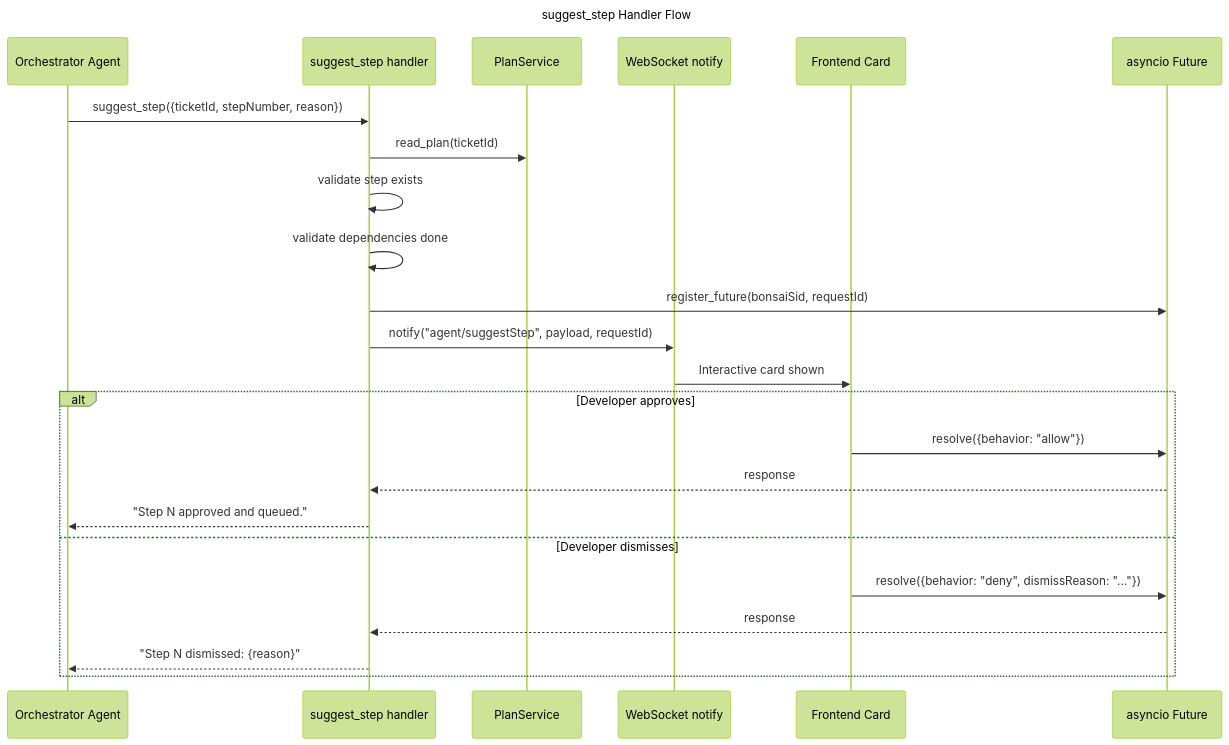
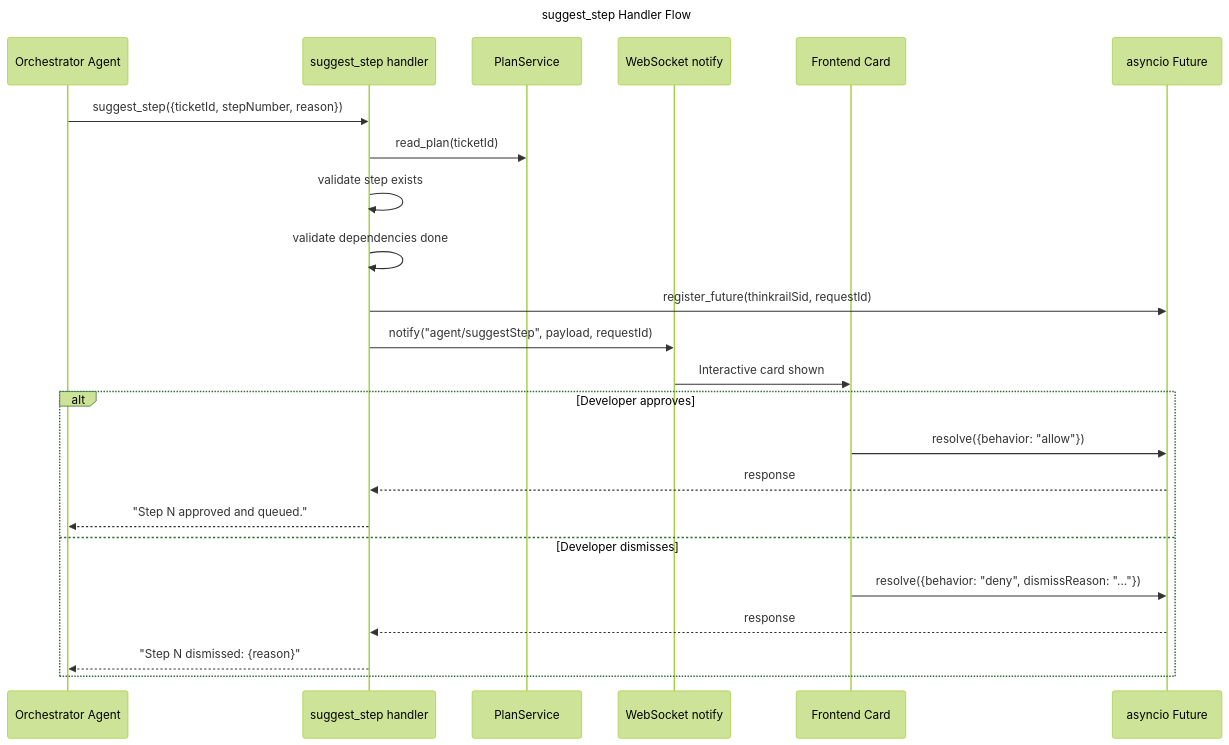
One commit to JetBrains/thinkrail changed the second of 2 diagrams in backend/app/agent/tools/ORCHESTRATOR.md. Above: the diagram before and after it, drawn with Mermaid (forest theme). The commit also changed other lines of this file and 372 other files, not shown here.

````diff
--- a/backend/app/agent/tools/ORCHESTRATOR.md
+++ b/backend/app/agent/tools/ORCHESTRATOR.md
@@ -119,30 +119,30 @@
 ```mermaid
 ---
 title: suggest_step Handler Flow
 ---
 sequenceDiagram
     participant Agent as Orchestrator Agent
     participant Tool as suggest_step handler
     participant Plan as PlanService
     participant Notify as WebSocket notify
     participant UI as Frontend Card
     participant Future as asyncio Future
 
     Agent->>Tool: suggest_step({ticketId, stepNumber, reason})
     Tool->>Plan: read_plan(ticketId)
     Tool->>Tool: validate step exists
     Tool->>Tool: validate dependencies done
-    Tool->>Future: register_future(bonsaiSid, requestId)
+    Tool->>Future: register_future(thinkrailSid, requestId)
     Tool->>Notify: notify("agent/suggestStep", payload, requestId)
     Notify->>UI: Interactive card shown
 
     alt Developer approves
         UI->>Future: resolve({behavior: "allow"})
         Future-->>Tool: response
         Tool-->>Agent: "Step N approved and queued."
     else Developer dismisses
         UI->>Future: resolve({behavior: "deny", dismissReason: "..."})
         Future-->>Tool: response
         Tool-->>Agent: "Step N dismissed: {reason}"
     end
 ```
````
